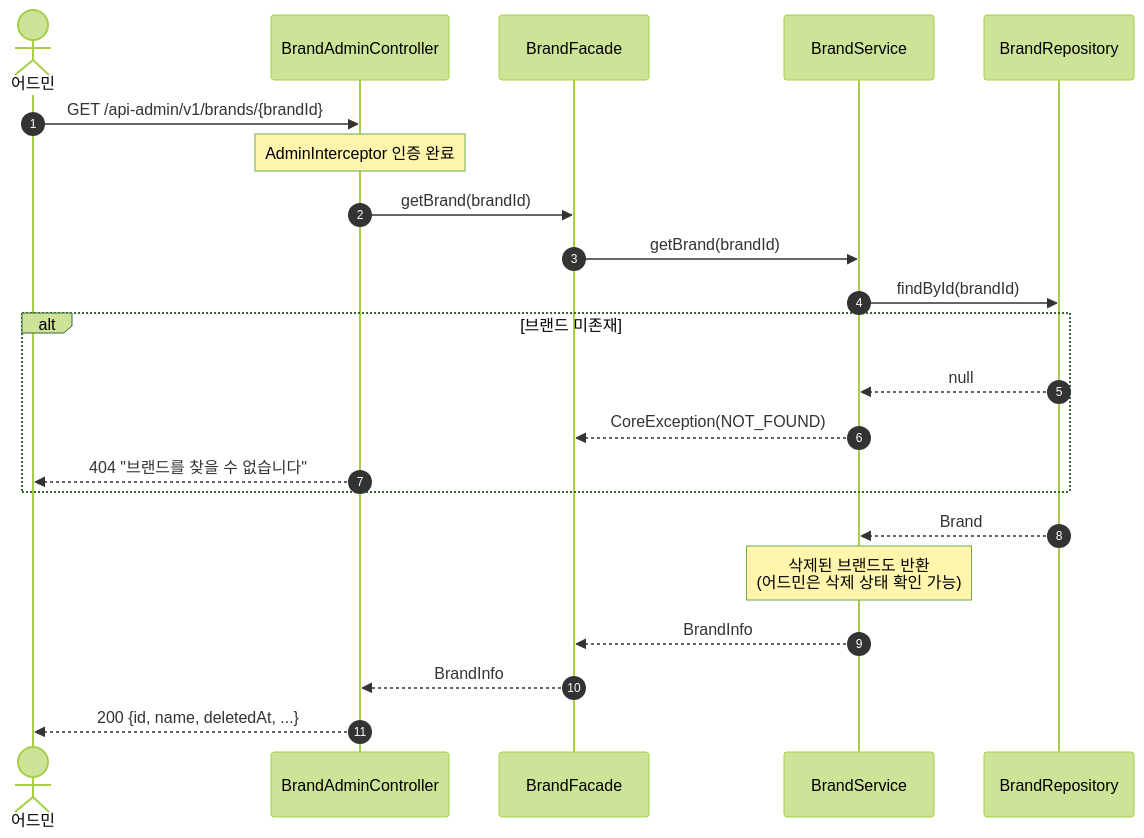
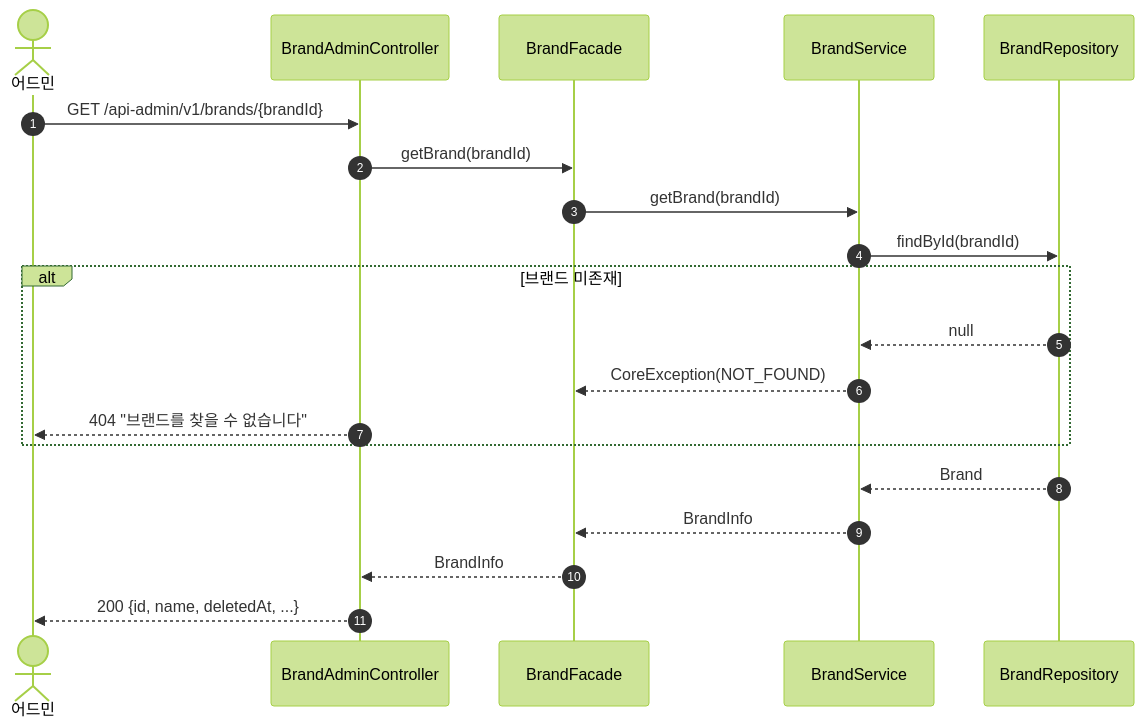
The fifth of 21 diagrams in docs/design/02-sequence-diagrams.md (Loopers-dev-lab/loop-pack-be-l2-vol3-kotlin), drawn with Mermaid (forest theme) before and after one commit. The commit also changed other lines of this file and 5 other files, not shown here.

````diff
--- a/docs/design/02-sequence-diagrams.md
+++ b/docs/design/02-sequence-diagrams.md
@@ -142,26 +154,24 @@
 ```mermaid
 sequenceDiagram
     autonumber
     actor Admin as 어드민
     participant C as BrandAdminController
     participant F as BrandFacade
     participant BS as BrandService
     participant BR as BrandRepository
     Admin ->> C: GET /api-admin/v1/brands/{brandId}
-    Note over C: AdminInterceptor 인증 완료
     C ->> F: getBrand(brandId)
     F ->> BS: getBrand(brandId)
     BS ->> BR: findById(brandId)
 
     alt 브랜드 미존재
         BR -->> BS: null
         BS -->> F: CoreException(NOT_FOUND)
         C -->> Admin: 404 "브랜드를 찾을 수 없습니다"
     end
 
     BR -->> BS: Brand
-    Note over BS: 삭제된 브랜드도 반환<br/>(어드민은 삭제 상태 확인 가능)
     BS -->> F: BrandInfo
     F -->> C: BrandInfo
     C -->> Admin: 200 {id, name, deletedAt, ...}
 ```
````
